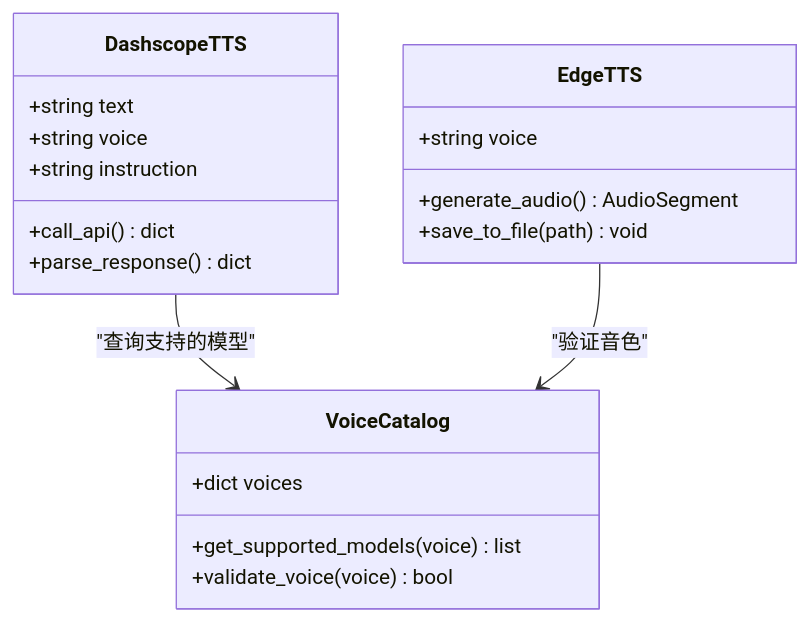
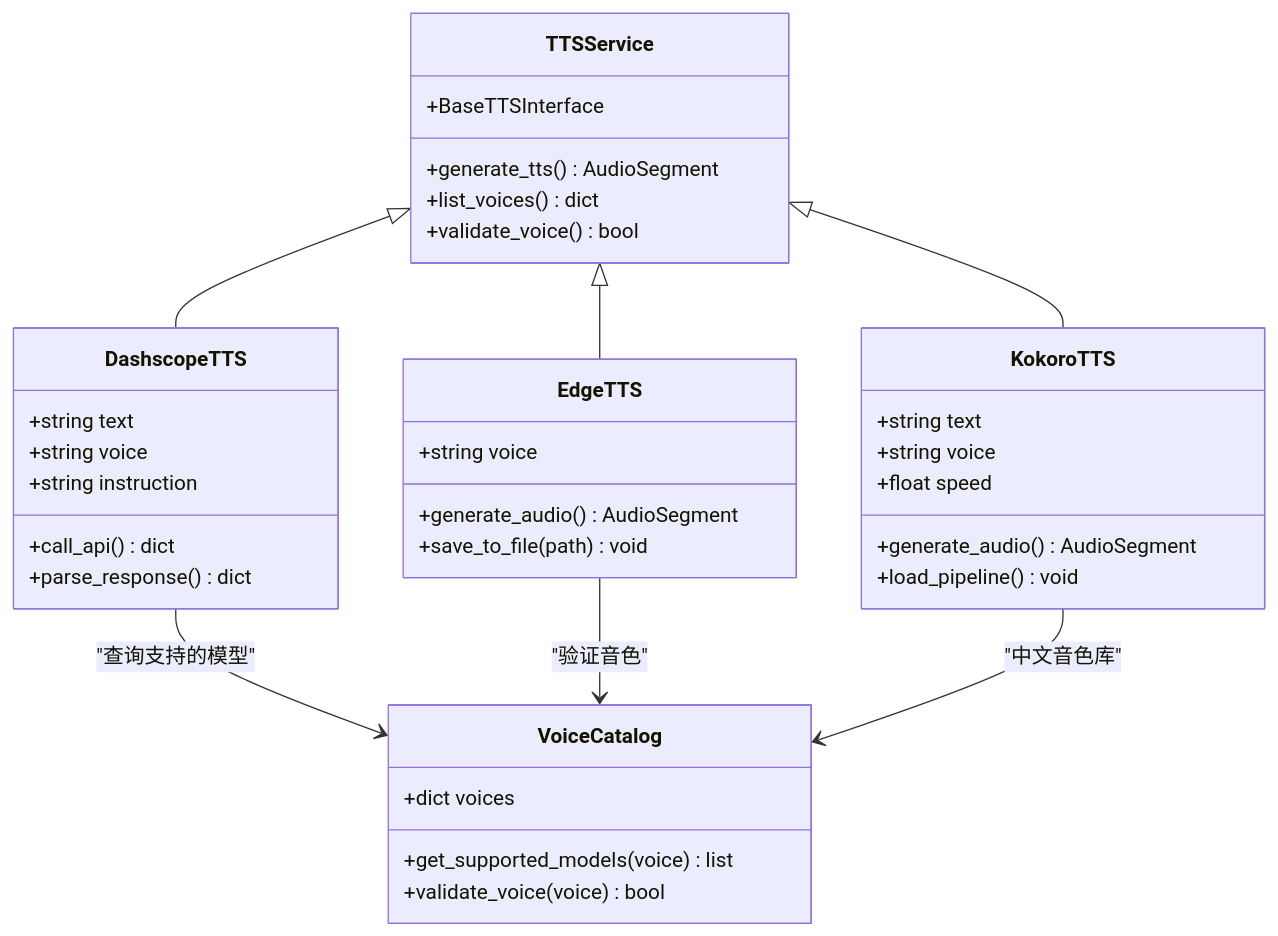
One commit to 1024dashen/Vue3Speech changed the sixth of 12 diagrams in .qoder/repowiki/zh/content/后端服务架构/后端服务架构.md. Above: the diagram before and after it, drawn with Mermaid. The commit also changed other lines of this file and 9 other files, not shown here.

````diff
--- a/.qoder/repowiki/zh/content/后端服务架构/后端服务架构.md
+++ b/.qoder/repowiki/zh/content/后端服务架构/后端服务架构.md
@@ -283,22 +320,39 @@
 ```mermaid
 classDiagram
+class TTSService {
++BaseTTSInterface
++generate_tts() AudioSegment
++list_voices() dict
++validate_voice() bool
+}
 class DashscopeTTS {
 +string text
 +string voice
 +string instruction
 +call_api() dict
 +parse_response() dict
 }
 class EdgeTTS {
 +string voice
 +generate_audio() AudioSegment
 +save_to_file(path) void
 }
+class KokoroTTS {
++string text
++string voice
++float speed
++generate_audio() AudioSegment
++load_pipeline() void
+}
 class VoiceCatalog {
 +dict voices
 +get_supported_models(voice) list
 +validate_voice(voice) bool
 }
+TTSService <|-- DashscopeTTS
+TTSService <|-- EdgeTTS
+TTSService <|-- KokoroTTS
 DashscopeTTS --> VoiceCatalog : "查询支持的模型"
 EdgeTTS --> VoiceCatalog : "验证音色"
+KokoroTTS --> VoiceCatalog : "中文音色库"
 ```
````
